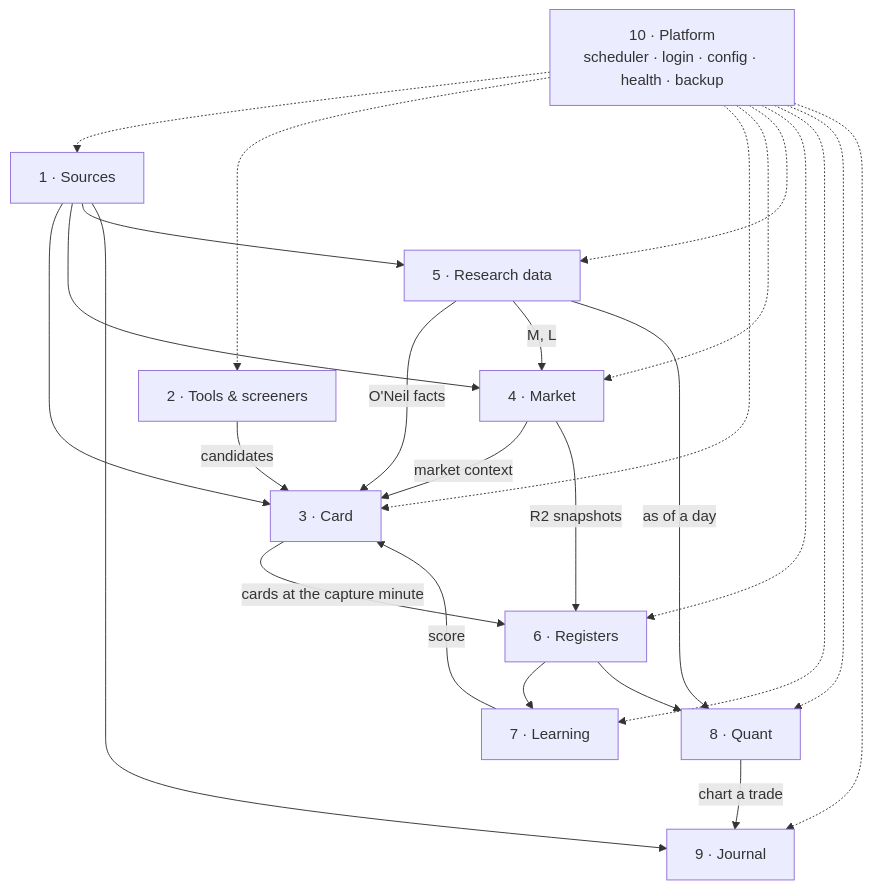
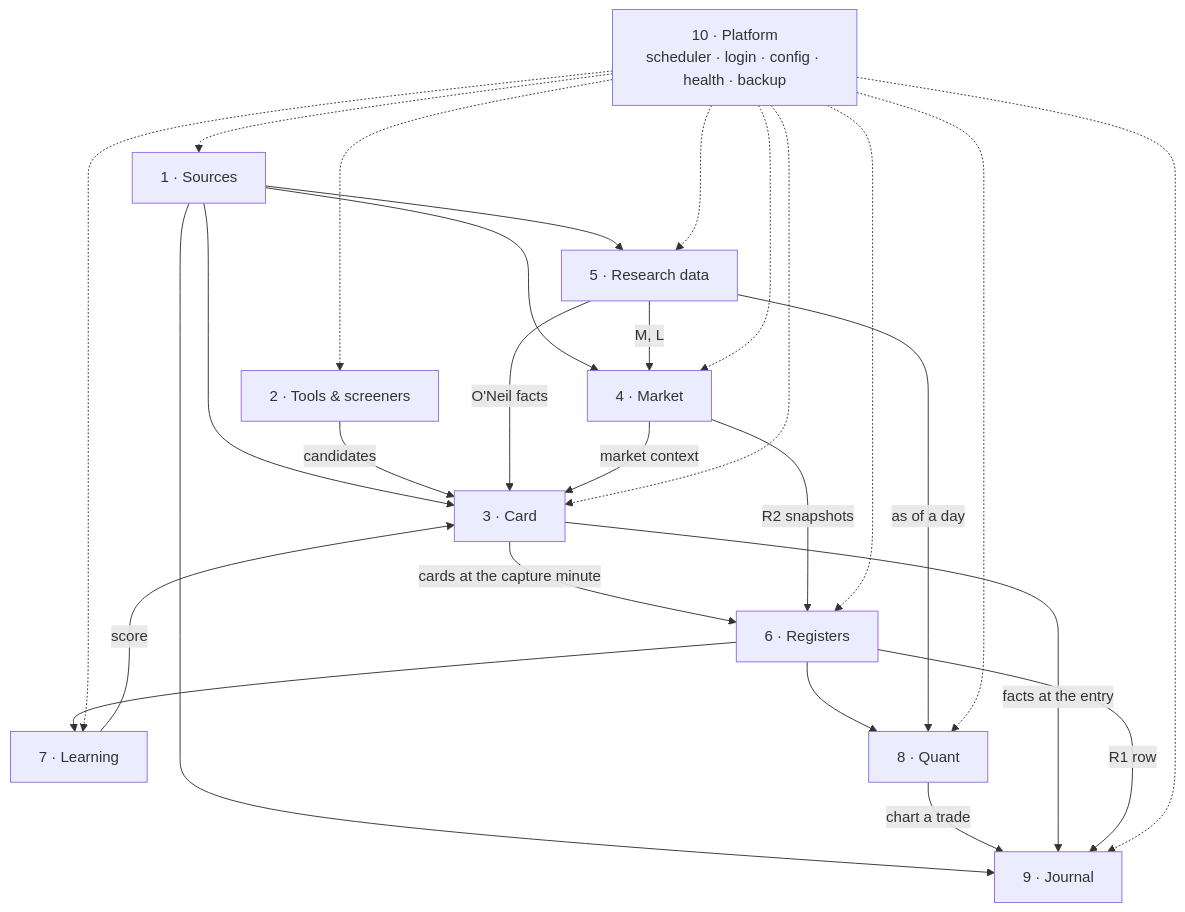
Before and after one commit to Mohamed-albadri-1995/Trade-Disk: the second of 5 diagrams in ARCHITECTURE.md, drawn with Mermaid. The commit also changed other lines of this file and 40 other files, not shown here.

````diff
--- a/ARCHITECTURE.md
+++ b/ARCHITECTURE.md
@@ -142,27 +171,29 @@
 ```mermaid
 flowchart TB
   SRC["1 · Sources"] --> CARD["3 · Card"]
   SRC --> MKT["4 · Market"]
   SRC --> RD["5 · Research data"]
   SRC --> JRN["9 · Journal"]
   TS["2 · Tools & screeners"] -->|"candidates"| CARD
   RD -->|"O'Neil facts"| CARD
   RD -->|"M, L"| MKT
   MKT -->|"market context"| CARD
   CARD -->|"cards at the capture minute"| REGS["6 · Registers"]
   MKT -->|"R2 snapshots"| REGS
   REGS --> LRN["7 · Learning"]
   LRN -->|"score"| CARD
   REGS --> Q["8 · Quant"]
   RD -->|"as of a day"| Q
   Q -->|"chart a trade"| JRN
+  CARD -->|"facts at the entry"| JRN
+  REGS -->|"R1 row"| JRN
   PLT["10 · Platform<br/>scheduler · login · config · health · backup"] -.-> SRC
   PLT -.-> TS
   PLT -.-> CARD
   PLT -.-> MKT
   PLT -.-> RD
   PLT -.-> REGS
   PLT -.-> LRN
   PLT -.-> Q
   PLT -.-> JRN
 ```
````
